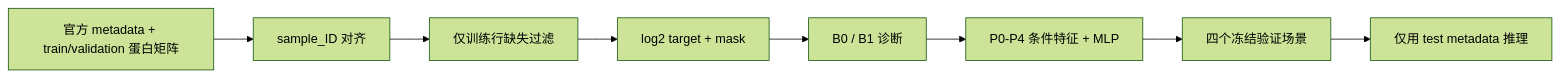
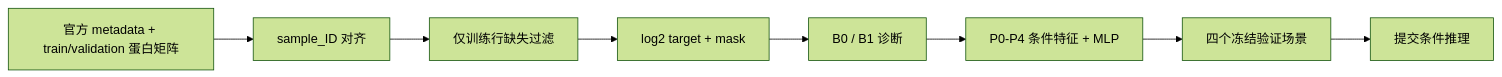
One commit to Chemit797/Go-AI_AIVC changed the diagram in README.md. Above: the diagram before and after it, drawn with Mermaid (forest theme). The commit also changed other lines of this file and 7 other files, not shown here.

````diff
--- a/README.md
+++ b/README.md
@@ -13,10 +13,10 @@
 ```mermaid
 flowchart LR
     A["官方 metadata + train/validation 蛋白矩阵"] --> B["sample_ID 对齐"]
     B --> C["仅训练行缺失过滤"]
     C --> D["log2 target + mask"]
     D --> E["B0 / B1 诊断"]
     E --> F["P0-P4 条件特征 + MLP"]
     F --> G["四个冻结验证场景"]
-    G --> H["仅用 test metadata 推理"]
+    G --> H["提交条件推理"]
 ```
````
